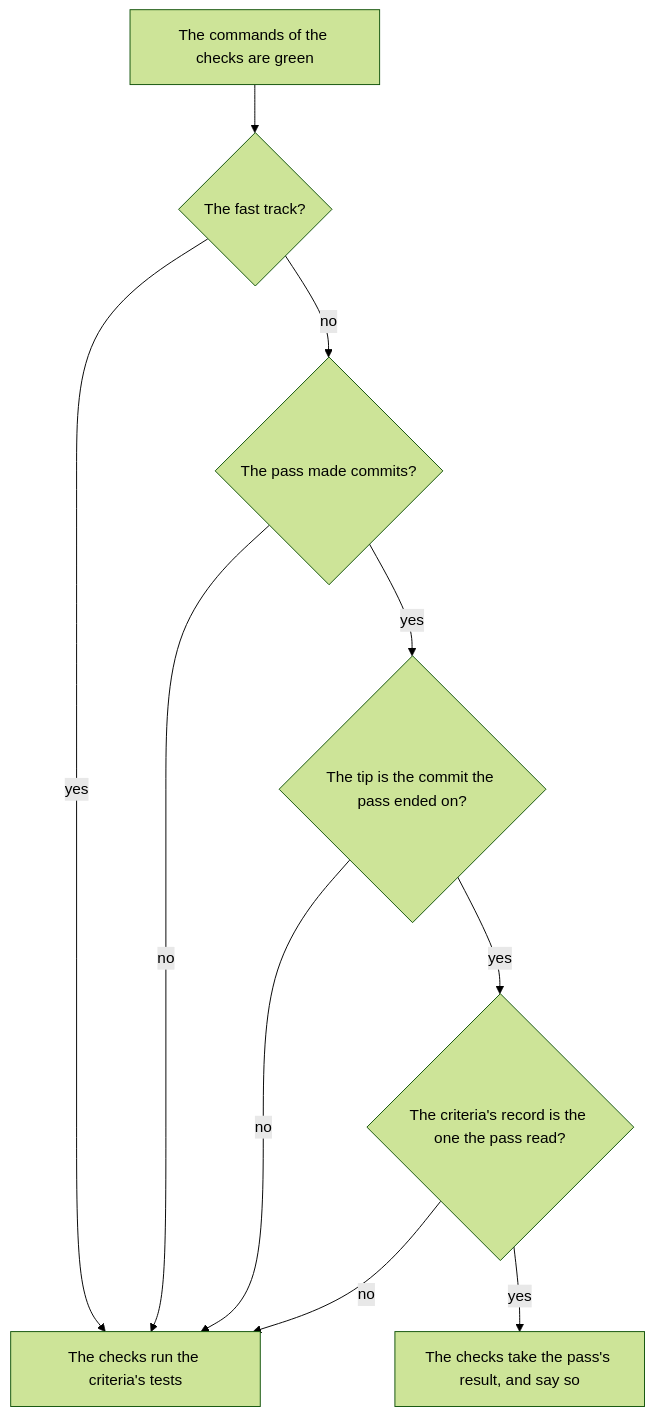
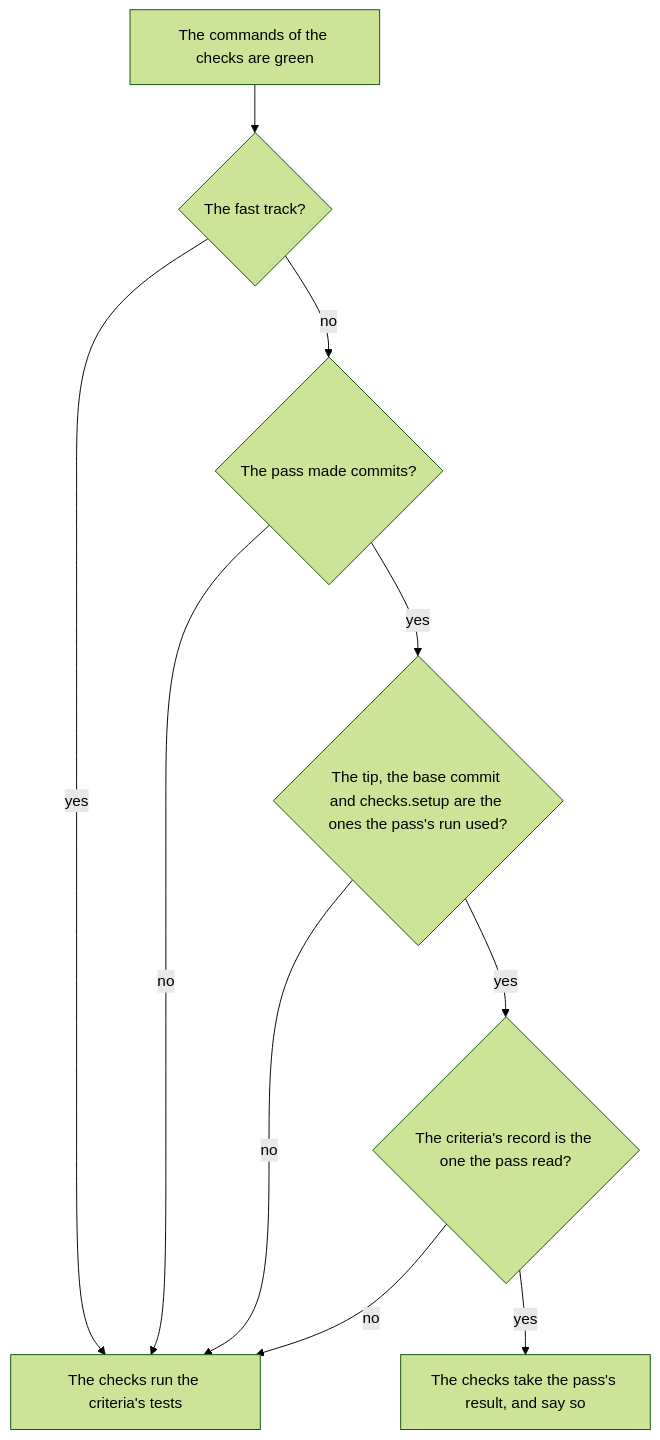
One commit to pySilver/lem changed the diagram in docs/plans/2026-11-21-pure-rules-unit-tests.md. Above: the diagram before and after it, drawn with Mermaid (forest theme). The commit also changed other lines of this file, not shown here.

Commit message:
docs(plans): the checks take the polish pass's result only when the run's own inputs are the same now, not the tip alone

````diff
--- a/docs/plans/2026-11-21-pure-rules-unit-tests.md
+++ b/docs/plans/2026-11-21-pure-rules-unit-tests.md
@@ -25,12 +25,12 @@
 ```mermaid
 flowchart TD
   A["The commands of the checks are green"] --> B{"The fast track?"}
   B -->|"yes"| R["The checks run the criteria's tests"]
   B -->|"no"| C{"The pass made commits?"}
   C -->|"no"| R
-  C -->|"yes"| D{"The tip is the commit the pass ended on?"}
+  C -->|"yes"| D{"The tip, the base commit and checks.setup are the ones the pass's run used?"}
   D -->|"no"| R
   D -->|"yes"| E{"The criteria's record is the one the pass read?"}
   E -->|"no"| R
   E -->|"yes"| T["The checks take the pass's result, and say so"]
 ```
````
